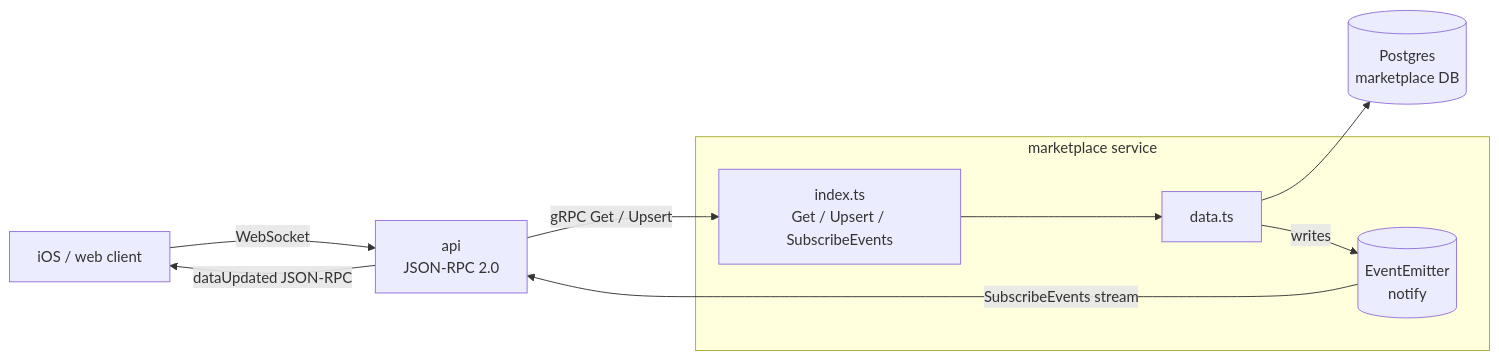
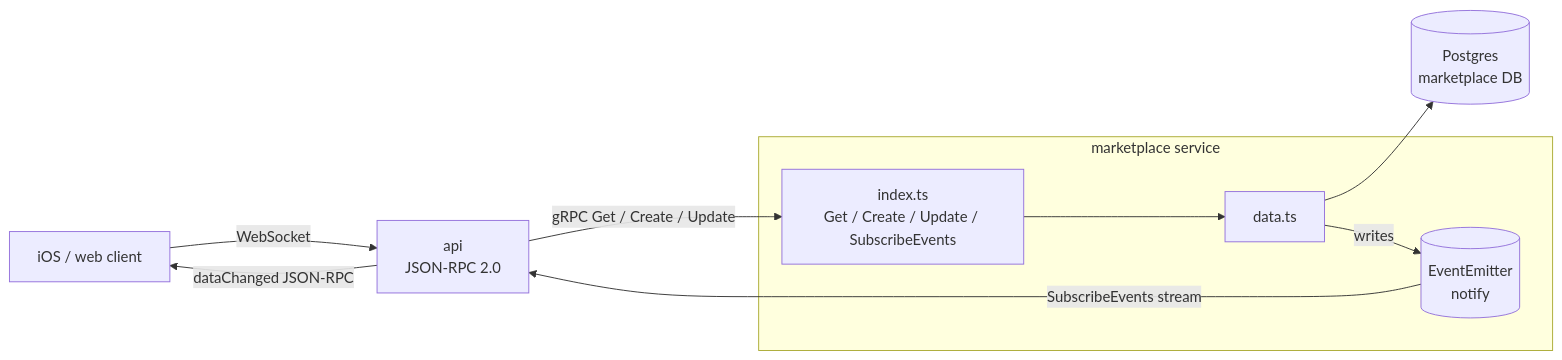
One commit to EVY-Platform/evy changed the diagram in services/marketplace/README.md. Above: the diagram before and after it, drawn with Mermaid. The commit also changed other lines of this file and 59 other files, not shown here.

Commit message:
feat/split upsert into create and updaate (#192)

````diff
--- a/services/marketplace/README.md
+++ b/services/marketplace/README.md
@@ -7,21 +7,21 @@
 ```mermaid
 flowchart LR
     client[iOS / web client]
     api[api<br/>JSON-RPC 2.0]
 
     subgraph marketplace [marketplace service]
-        grpc[index.ts<br/>Get / Upsert / SubscribeEvents]
+        grpc[index.ts<br/>Get / Create / Update / SubscribeEvents]
         data[data.ts]
         bus[(EventEmitter<br/>notify)]
     end
 
     pg[(Postgres<br/>marketplace DB)]
 
     client -- WebSocket --> api
-    api -- gRPC Get / Upsert --> grpc
+    api -- gRPC Get / Create / Update --> grpc
     grpc --> data
     data --> pg
     data -- writes --> bus
     bus -- SubscribeEvents stream --> api
-    api -- dataUpdated JSON-RPC --> client
+    api -- dataChanged JSON-RPC --> client
 ```
````
